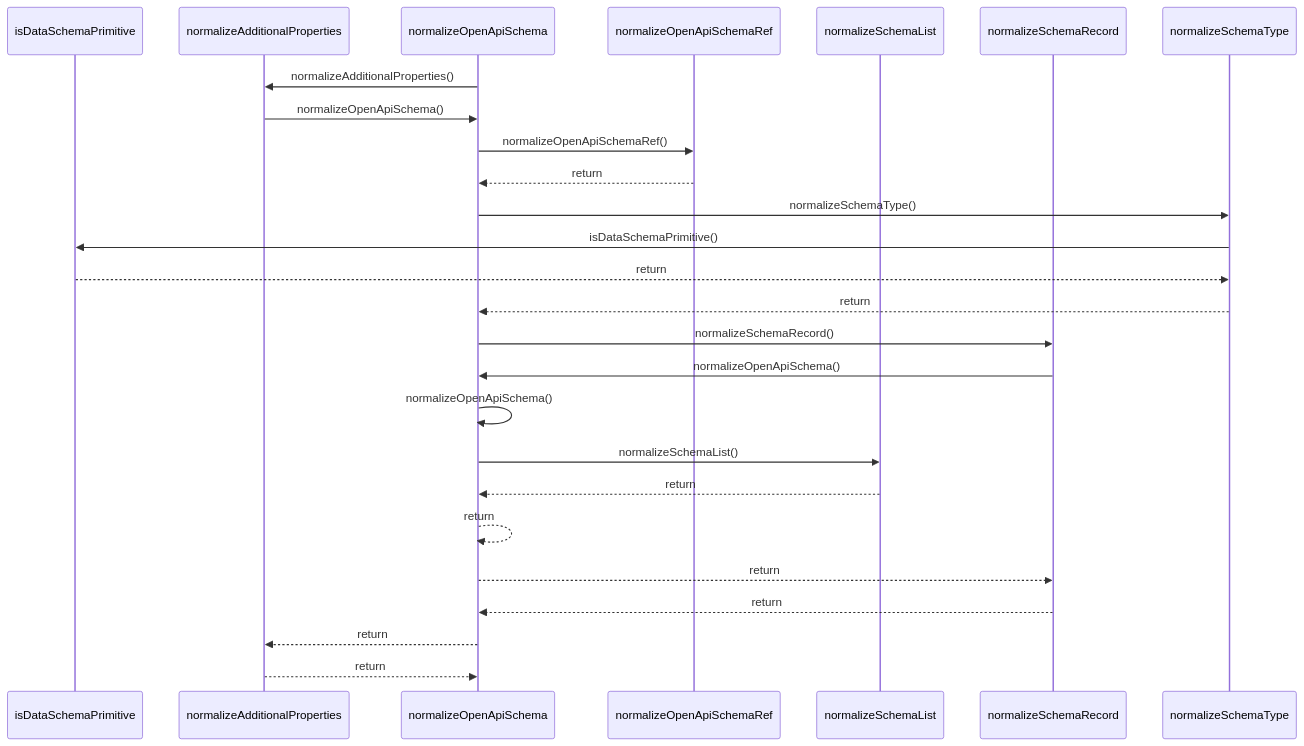
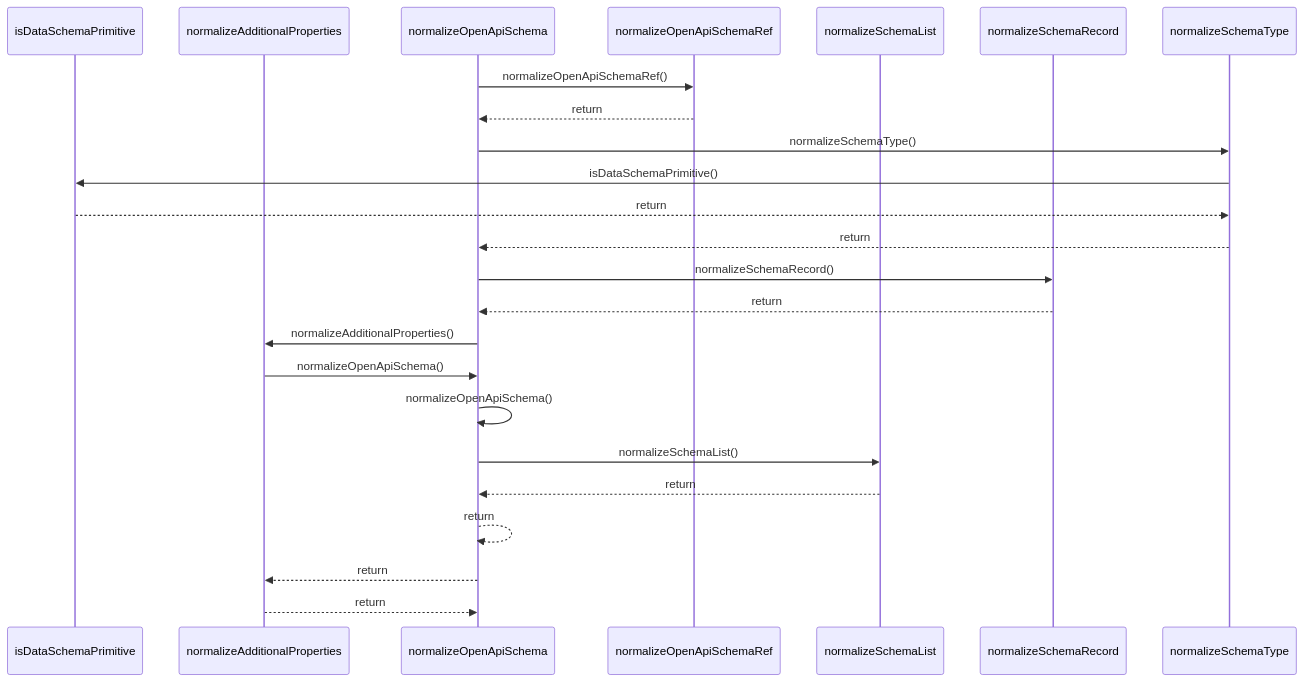
The diagram in paradox/diagrams/sequences/normalize-open-api-schema.mmd (ankhorage/data-sources), drawn with Mermaid before and after one commit. The commit also changed 22 other files, not shown here.

```diff
--- a/paradox/diagrams/sequences/normalize-open-api-schema.mmd
+++ b/paradox/diagrams/sequences/normalize-open-api-schema.mmd
@@ -1,26 +1,24 @@
 sequenceDiagram
   participant participant_isDataSchemaPrimitive as isDataSchemaPrimitive
   participant participant_normalizeAdditionalProperties as normalizeAdditionalProperties
   participant participant_normalizeOpenApiSchema as normalizeOpenApiSchema
   participant participant_normalizeOpenApiSchemaRef as normalizeOpenApiSchemaRef
   participant participant_normalizeSchemaList as normalizeSchemaList
   participant participant_normalizeSchemaRecord as normalizeSchemaRecord
   participant participant_normalizeSchemaType as normalizeSchemaType
-  participant_normalizeOpenApiSchema->>participant_normalizeAdditionalProperties: normalizeAdditionalProperties()
-  participant_normalizeAdditionalProperties->>participant_normalizeOpenApiSchema: normalizeOpenApiSchema()
   participant_normalizeOpenApiSchema->>participant_normalizeOpenApiSchemaRef: normalizeOpenApiSchemaRef()
   participant_normalizeOpenApiSchemaRef-->>participant_normalizeOpenApiSchema: return
   participant_normalizeOpenApiSchema->>participant_normalizeSchemaType: normalizeSchemaType()
   participant_normalizeSchemaType->>participant_isDataSchemaPrimitive: isDataSchemaPrimitive()
   participant_isDataSchemaPrimitive-->>participant_normalizeSchemaType: return
   participant_normalizeSchemaType-->>participant_normalizeOpenApiSchema: return
   participant_normalizeOpenApiSchema->>participant_normalizeSchemaRecord: normalizeSchemaRecord()
-  participant_normalizeSchemaRecord->>participant_normalizeOpenApiSchema: normalizeOpenApiSchema()
+  participant_normalizeSchemaRecord-->>participant_normalizeOpenApiSchema: return
+  participant_normalizeOpenApiSchema->>participant_normalizeAdditionalProperties: normalizeAdditionalProperties()
+  participant_normalizeAdditionalProperties->>participant_normalizeOpenApiSchema: normalizeOpenApiSchema()
   participant_normalizeOpenApiSchema->>participant_normalizeOpenApiSchema: normalizeOpenApiSchema()
   participant_normalizeOpenApiSchema->>participant_normalizeSchemaList: normalizeSchemaList()
   participant_normalizeSchemaList-->>participant_normalizeOpenApiSchema: return
   participant_normalizeOpenApiSchema-->>participant_normalizeOpenApiSchema: return
-  participant_normalizeOpenApiSchema-->>participant_normalizeSchemaRecord: return
-  participant_normalizeSchemaRecord-->>participant_normalizeOpenApiSchema: return
   participant_normalizeOpenApiSchema-->>participant_normalizeAdditionalProperties: return
   participant_normalizeAdditionalProperties-->>participant_normalizeOpenApiSchema: return
```
